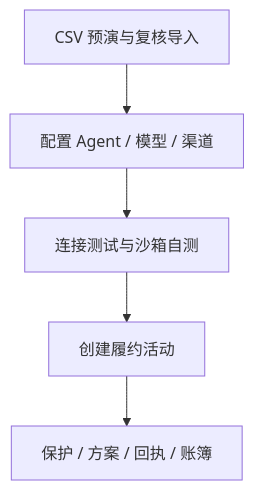
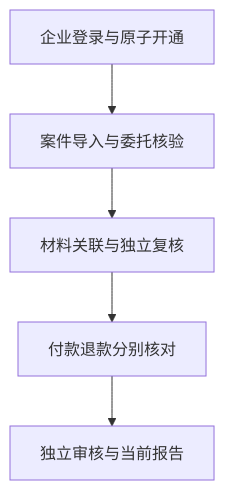
Before and after one commit to IntelliPathway/luheng-fulfillops-cloud: the second of 3 diagrams in README.md, drawn with Mermaid. The commit also changed other lines of this file and 44 other files, not shown here.

````diff
--- a/README.md
+++ b/README.md
@@ -95,7 +97,7 @@
 ```mermaid
 flowchart TD
-    A["CSV 预演与复核导入"] --> B["配置 Agent / 模型 / 渠道"]
-    B --> C["连接测试与沙箱自测"]
-    C --> D["创建履约活动"]
-    D --> E["保护 / 方案 / 回执 / 账簿"]
+    A["企业登录与原子开通"] --> B["案件导入与委托核验"]
+    B --> C["材料关联与独立复核"]
+    C --> D["付款退款分别核对"]
+    D --> E["独立审核与当前报告"]
 ```
````
